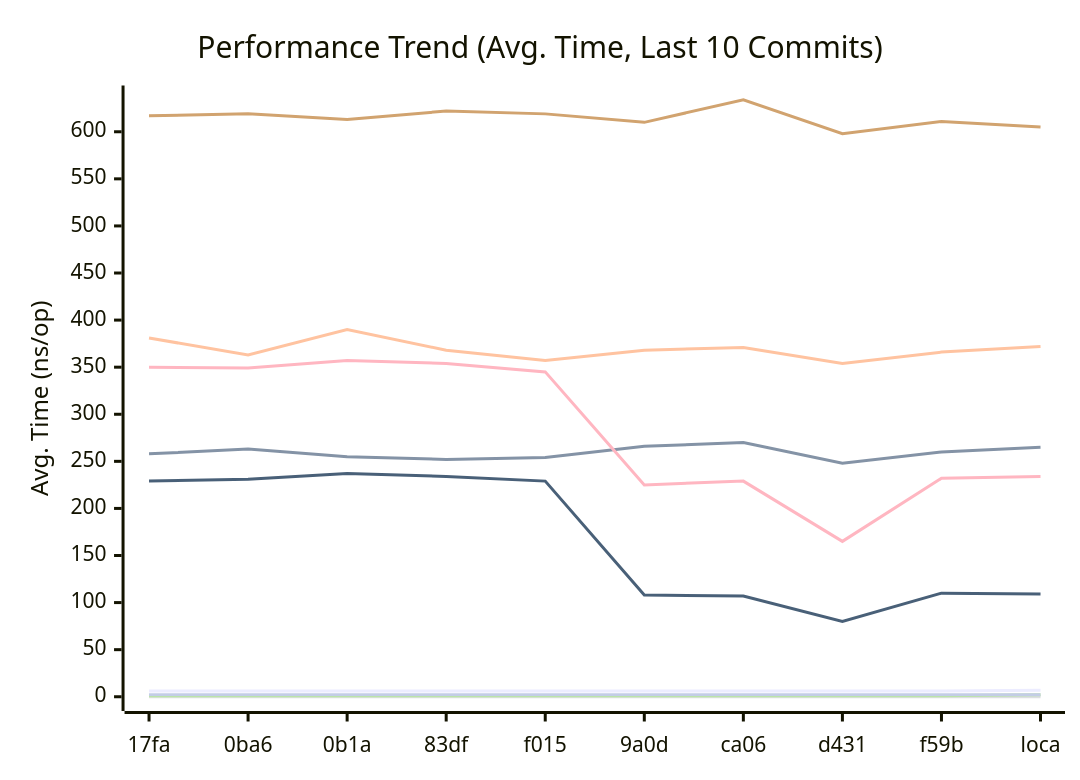
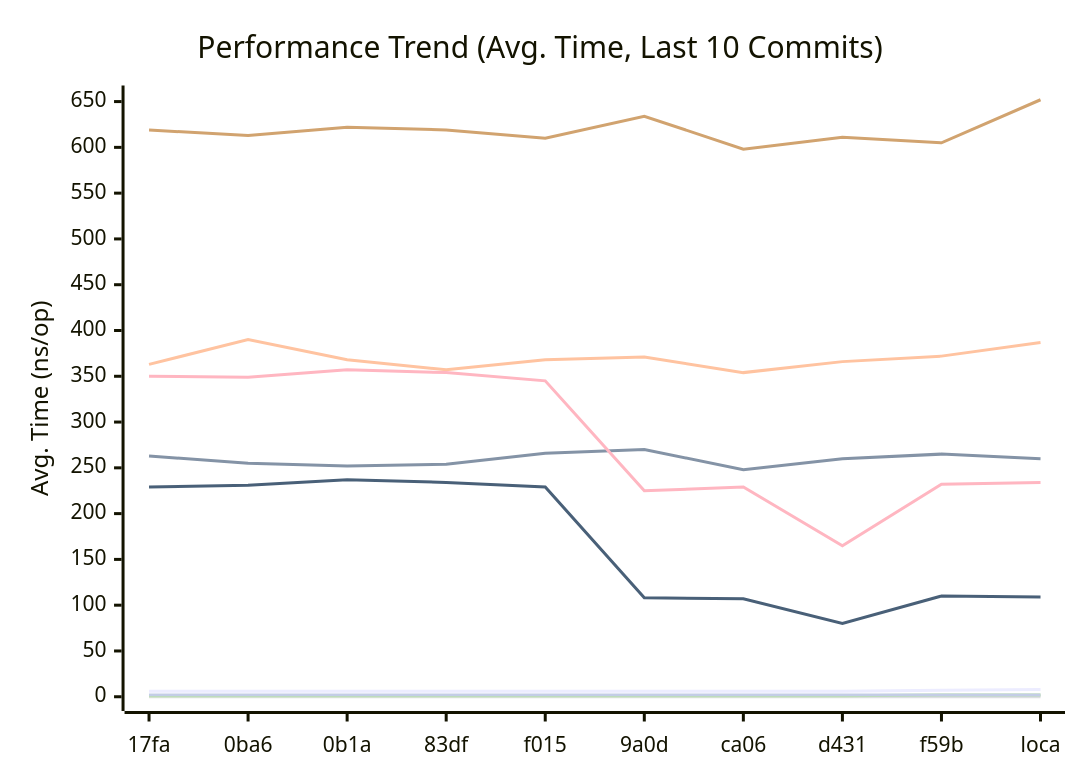
The first of 3 diagrams in docs/PERFORMANCE.md (alsotoes/momo), drawn with Mermaid before and after one commit. The commit also changed other lines of this file and 1 other file, not shown here.

Commit message:
chore(deps): clean up unused goleak indirect dependency in metrics

````diff
--- a/docs/PERFORMANCE.md
+++ b/docs/PERFORMANCE.md
@@ -80,16 +80,16 @@
 ```mermaid
 xychart-beta
     title "Performance Trend (Avg. Time, Last 10 Commits)"
     x-axis "Commit"
     y-axis "Avg. Time (ns/op)"
     x-axis [17fa,0ba6,0b1a,83df,f015,9a0d,ca06,d431,f59b,loca]
-    line "CheckMetricsAndSwap" [6,6,6,6,6,6,6,6,6,7]
-    line "CrushOptimized" [258,263,255,252,254,266,270,248,260,265]
-    line "CrushOriginal" [381,363,390,368,357,368,371,354,366,372]
+    line "CheckMetricsAndSwap" [6,6,6,6,6,6,6,6,7,8]
+    line "CrushOptimized" [263,255,252,254,266,270,248,260,265,260]
+    line "CrushOriginal" [363,390,368,357,368,371,354,366,372,387]
     line "IndexDirectTracking" [0,0,0,0,0,0,0,0,0,0]
-    line "IndexSearch" [1,1,1,1,1,1,1,1,1,2]
-    line "LoadGlobalConfig" [617,619,613,622,619,610,634,598,611,605]
+    line "IndexSearch" [1,1,1,1,1,1,1,1,2,2]
+    line "LoadGlobalConfig" [619,613,622,619,610,634,598,611,605,652]
     line "PadString" [2,2,2,2,2,2,2,2,2,2]
     line "ParseReplicationOrder_NoPrealloc" [350,349,357,354,345,225,229,165,232,234]
     line "ParseReplicationOrder_Prealloc" [229,231,237,234,229,108,107,80,110,109]
 ```
````
